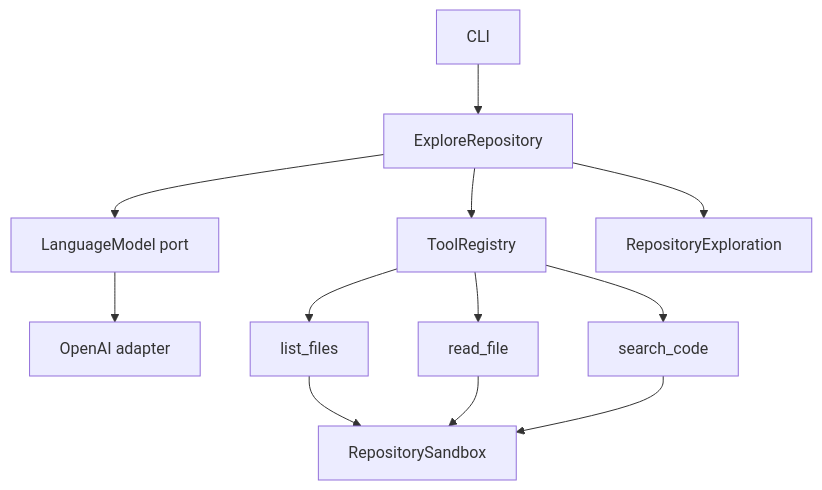
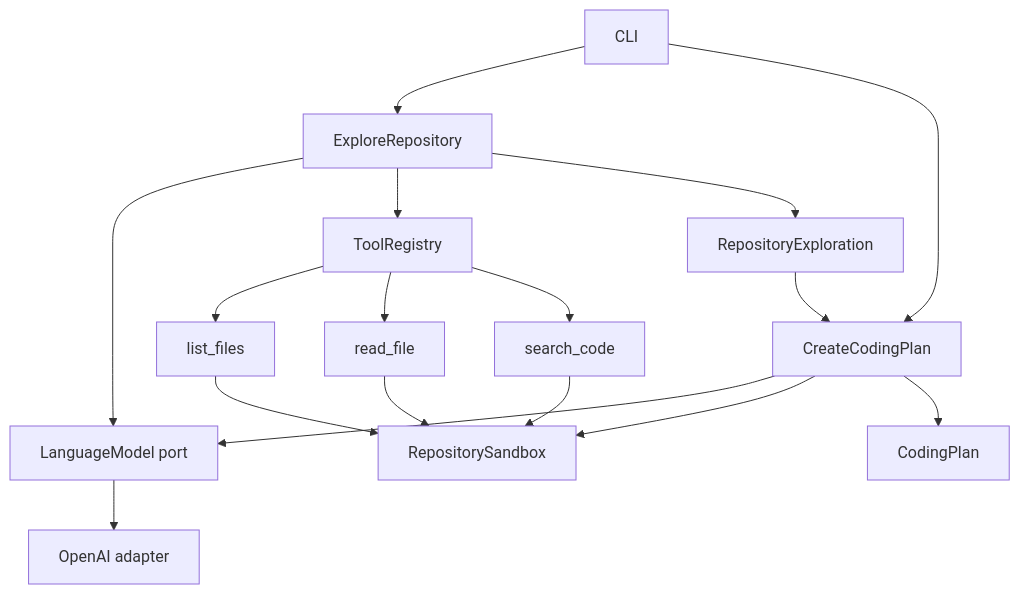
Before and after one commit to ArianeZan/mini-code: the diagram in README.md, drawn with Mermaid. The commit also changed other lines of this file and 14 other files, not shown here.

````diff
--- a/README.md
+++ b/README.md
@@ -94,14 +94,19 @@
 ```mermaid
 flowchart TD
     CLI[CLI] --> Explore[ExploreRepository]
+    CLI --> Plan[CreateCodingPlan]
     Explore --> LM[LanguageModel port]
+    Plan --> LM
     LM --> OpenAI[OpenAI adapter]
     Explore --> Registry[ToolRegistry]
     Registry --> List[list_files]
     Registry --> Read[read_file]
     Registry --> Search[search_code]
     List --> Sandbox[RepositorySandbox]
     Read --> Sandbox
     Search --> Sandbox
+    Plan --> Sandbox
     Explore --> Result[RepositoryExploration]
+    Result --> Plan
+    Plan --> CodingPlan[CodingPlan]
 ```
````
